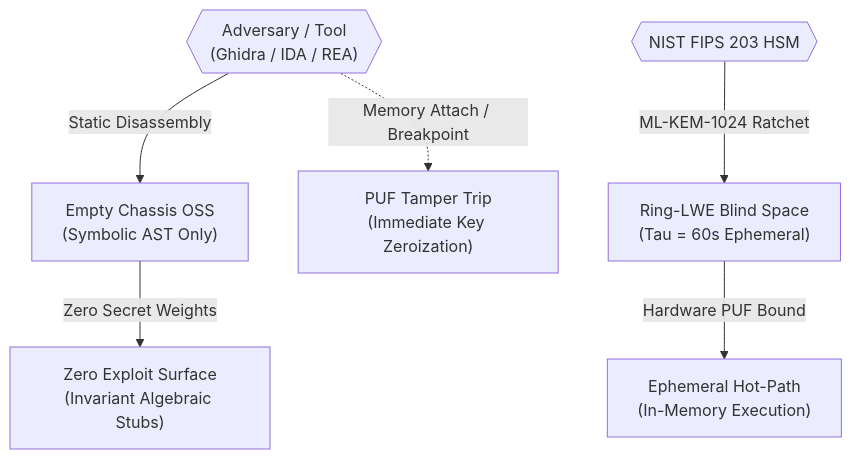
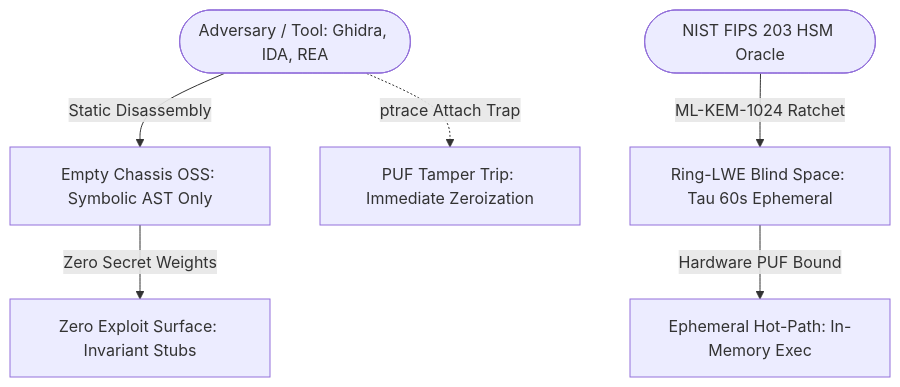
The second of 2 diagrams in docs/ARCHITECTURE.md (AAH20/apex-compute-energy-futures), drawn with Mermaid before and after one commit. The commit also changed other lines of this file and 4 other files, not shown here.

Commit message:
fix(diagrams): sanitize mermaid syntax for 100% github native rendering

````diff
--- a/docs/ARCHITECTURE.md
+++ b/docs/ARCHITECTURE.md
@@ -138,10 +138,10 @@
 ```mermaid
 flowchart TD
-    ATTACKER{{"Adversary / Tool<br>(Ghidra / IDA / REA)"}} -->|Static Disassembly| CHASSIS["Empty Chassis OSS<br>(Symbolic AST Only)"]
-    CHASSIS -->|Zero Secret Weights| DUMMY["Zero Exploit Surface<br>(Invariant Algebraic Stubs)"]
+    ATTACKER(["Adversary / Tool: Ghidra, IDA, REA"]) -->|"Static Disassembly"| CHASSIS["Empty Chassis OSS: Symbolic AST Only"]
+    CHASSIS -->|"Zero Secret Weights"| DUMMY["Zero Exploit Surface: Invariant Stubs"]
     
-    HSM{{NIST FIPS 203 HSM}} -->|ML-KEM-1024 Ratchet| RLWE["Ring-LWE Blind Space<br>(Tau = 60s Ephemeral)"]
-    RLWE -->|Hardware PUF Bound| HOTCORE["Ephemeral Hot-Path<br>(In-Memory Execution)"]
+    HSM(["NIST FIPS 203 HSM Oracle"]) -->|"ML-KEM-1024 Ratchet"| RLWE["Ring-LWE Blind Space: Tau 60s Ephemeral"]
+    RLWE -->|"Hardware PUF Bound"| HOTCORE["Ephemeral Hot-Path: In-Memory Exec"]
     
-    ATTACKER -.->|Memory Attach / Breakpoint| ZEROIZE["PUF Tamper Trip<br>(Immediate Key Zeroization)"]
+    ATTACKER -.->|"ptrace Attach Trap"| ZEROIZE["PUF Tamper Trip: Immediate Zeroization"]
 ```
````
